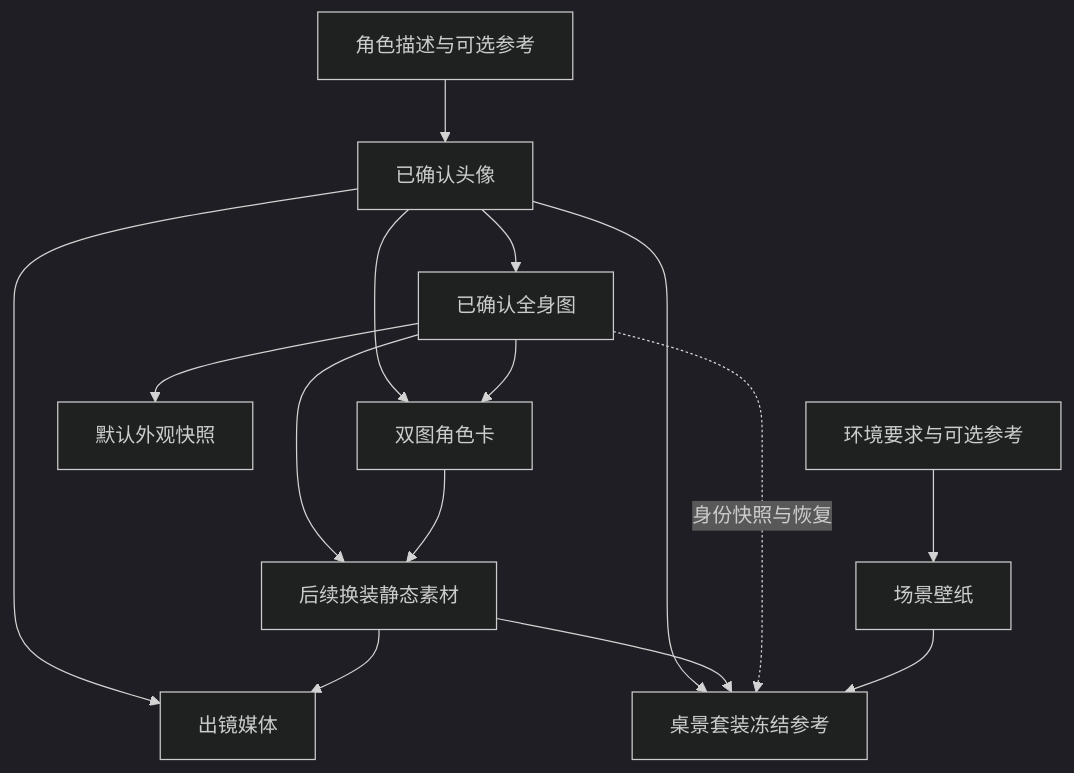
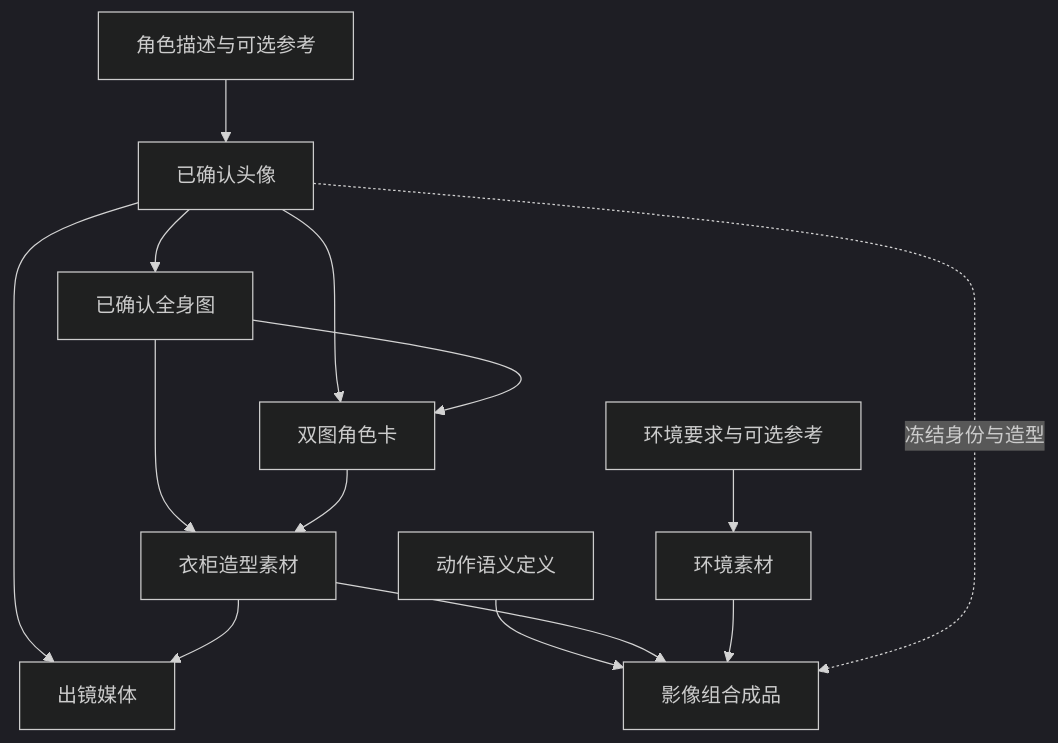
The diagram in docs/PIPELINE.md (yangjinming1062/SpiritAgent), drawn with Mermaid (dark theme) before and after one commit. The commit also changed other lines of this file and 268 other files, not shown here.

````diff
--- a/docs/PIPELINE.md
+++ b/docs/PIPELINE.md
@@ -7,17 +7,16 @@
 ```mermaid
 flowchart TD
     Input[角色描述与可选参考] --> Avatar[已确认头像]
     Avatar --> Full[已确认全身图]
     Avatar --> Card[双图角色卡]
     Full --> Card
-    Full --> Default[默认外观快照]
-    Full --> Outfit[后续换装静态素材]
+    Full --> Outfit[衣柜造型素材]
     Card --> Outfit
     Avatar --> SelfMedia[出镜媒体]
     Outfit --> SelfMedia
-    Environment[环境要求与可选参考] --> Scene[场景壁纸]
-    Avatar --> Desktop[桌景套装冻结参考]
-    Outfit --> Desktop
-    Full -.身份快照与恢复.-> Desktop
-    Scene --> Desktop
+    Environment[环境要求与可选参考] --> Scene[环境素材]
+    Action[动作语义定义] --> Visual[影像组合成品]
+    Outfit --> Visual
+    Scene --> Visual
+    Avatar -.冻结身份与造型.-> Visual
 ```
````
